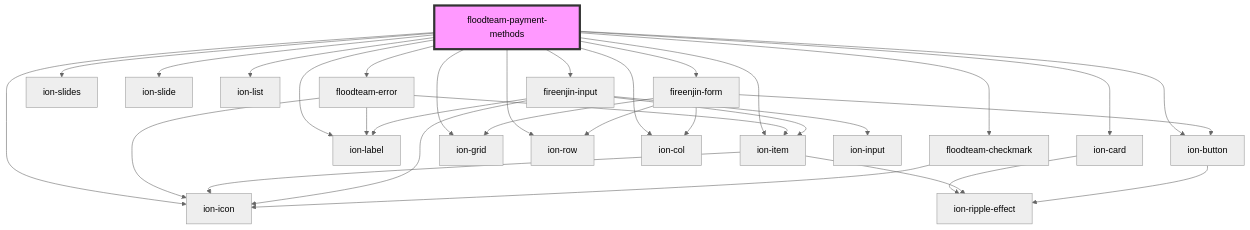
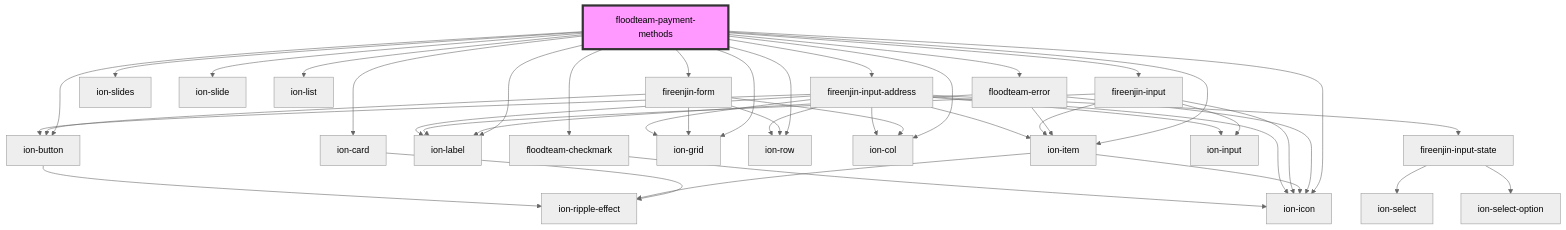
Before and after one commit to FloodTeam/components: the diagram in src/components/payment-methods/readme.md, drawn with Mermaid (neutral theme). The commit also changed other lines of this file and 8 other files, not shown here.

````diff
--- a/src/components/payment-methods/readme.md
+++ b/src/components/payment-methods/readme.md
@@ -46,35 +47,47 @@
 ```mermaid
 graph TD;
   floodteam-payment-methods --> ion-card
   floodteam-payment-methods --> floodteam-error
   floodteam-payment-methods --> ion-slides
   floodteam-payment-methods --> ion-slide
   floodteam-payment-methods --> ion-list
   floodteam-payment-methods --> ion-item
   floodteam-payment-methods --> ion-label
   floodteam-payment-methods --> ion-button
   floodteam-payment-methods --> ion-icon
   floodteam-payment-methods --> ion-grid
   floodteam-payment-methods --> ion-row
   floodteam-payment-methods --> ion-col
   floodteam-payment-methods --> fireenjin-form
   floodteam-payment-methods --> fireenjin-input
+  floodteam-payment-methods --> fireenjin-input-address
   floodteam-payment-methods --> floodteam-checkmark
   ion-card --> ion-ripple-effect
   floodteam-error --> ion-item
   floodteam-error --> ion-icon
   floodteam-error --> ion-label
   ion-item --> ion-icon
   ion-item --> ion-ripple-effect
   ion-button --> ion-ripple-effect
   fireenjin-form --> ion-grid
   fireenjin-form --> ion-row
   fireenjin-form --> ion-col
   fireenjin-form --> ion-button
   fireenjin-input --> ion-input
   fireenjin-input --> ion-item
   fireenjin-input --> ion-icon
   fireenjin-input --> ion-label
+  fireenjin-input-address --> ion-item
+  fireenjin-input-address --> ion-label
+  fireenjin-input-address --> ion-input
+  fireenjin-input-address --> ion-grid
+  fireenjin-input-address --> ion-row
+  fireenjin-input-address --> ion-col
+  fireenjin-input-address --> fireenjin-input-state
+  fireenjin-input-address --> ion-button
+  fireenjin-input-address --> ion-icon
+  fireenjin-input-state --> ion-select
+  fireenjin-input-state --> ion-select-option
   floodteam-checkmark --> ion-icon
   style floodteam-payment-methods fill:#f9f,stroke:#333,stroke-width:4px
 ```
````
